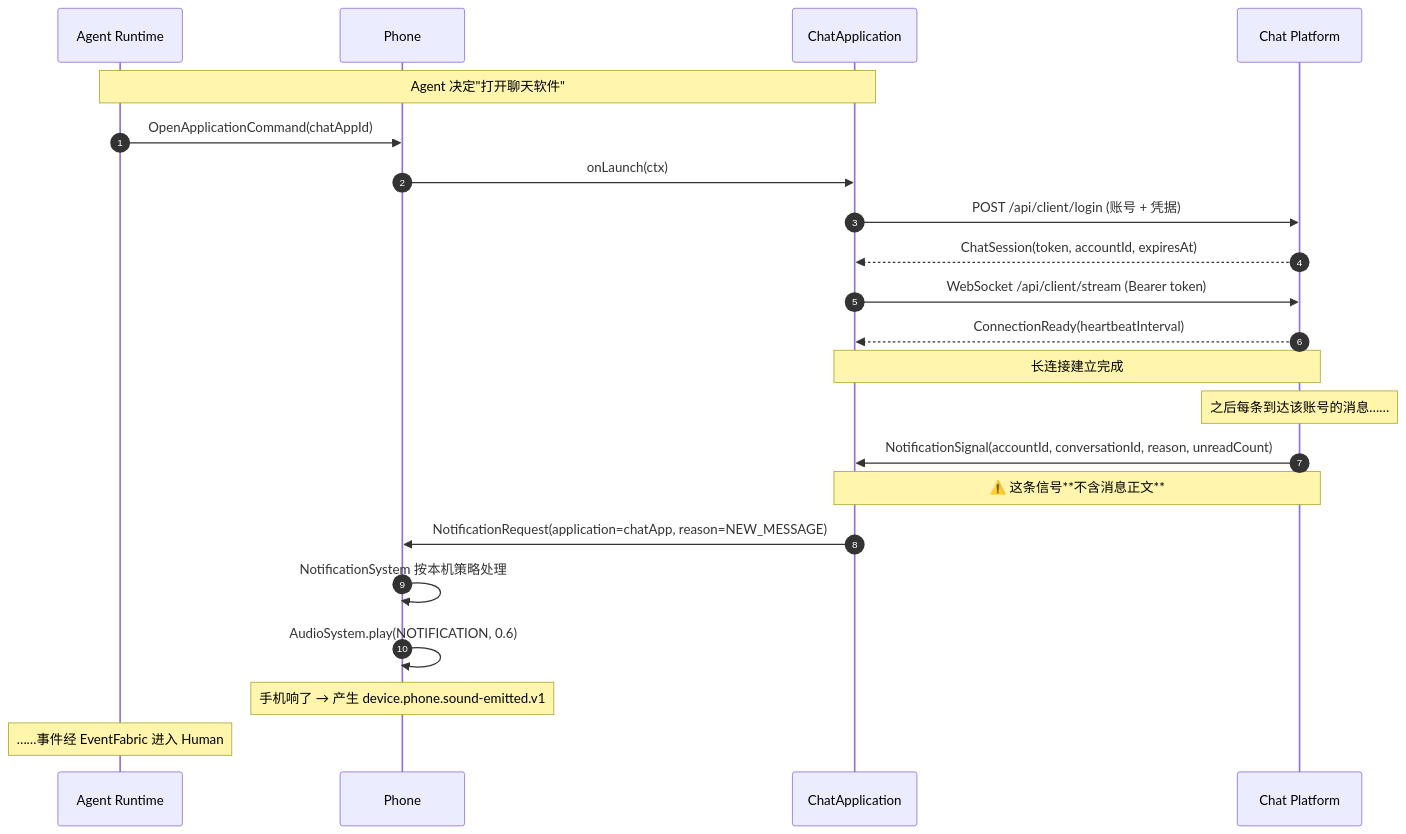
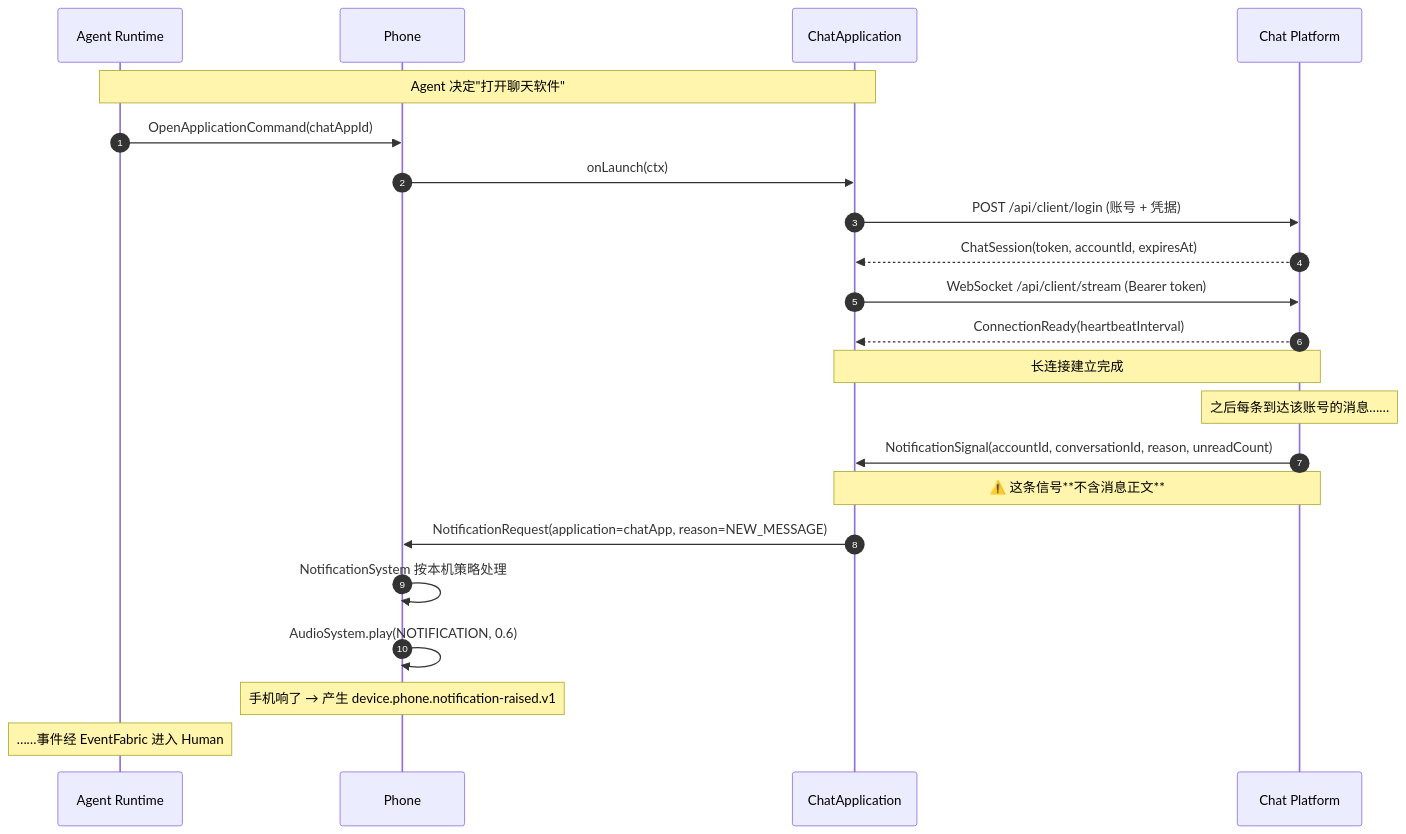
Before and after one commit to Hojay-Chen/simulation-agent-platform: the second of 3 diagrams in docs/V2.2-detailed-design.md, drawn with Mermaid. The commit also changed other lines of this file, not shown here.

````diff
--- a/docs/V2.2-detailed-design.md
+++ b/docs/V2.2-detailed-design.md
@@ -1629,26 +1654,26 @@
 ```mermaid
 sequenceDiagram
     autonumber
     participant AR as Agent Runtime
     participant PH as Phone
     participant CA as ChatApplication
     participant CP as Chat Platform
 
     Note over AR,CA: Agent 决定"打开聊天软件"
     AR->>PH: OpenApplicationCommand(chatAppId)
     PH->>CA: onLaunch(ctx)
     CA->>CP: POST /api/client/login (账号 + 凭据)
     CP-->>CA: ChatSession(token, accountId, expiresAt)
     CA->>CP: WebSocket /api/client/stream (Bearer token)
     CP-->>CA: ConnectionReady(heartbeatInterval)
     Note over CA,CP: 长连接建立完成
 
     Note over CP: 之后每条到达该账号的消息……
     CP->>CA: NotificationSignal(accountId, conversationId, reason, unreadCount)
     Note over CP,CA: ⚠️ 这条信号**不含消息正文**
     CA->>PH: NotificationRequest(application=chatApp, reason=NEW_MESSAGE)
     PH->>PH: NotificationSystem 按本机策略处理
     PH->>PH: AudioSystem.play(NOTIFICATION, 0.6)
-    Note over PH: 手机响了 → 产生 device.phone.sound-emitted.v1
+    Note over PH: 手机响了 → 产生 device.phone.notification-raised.v1
     Note over AR: ……事件经 EventFabric 进入 Human
 ```
````
